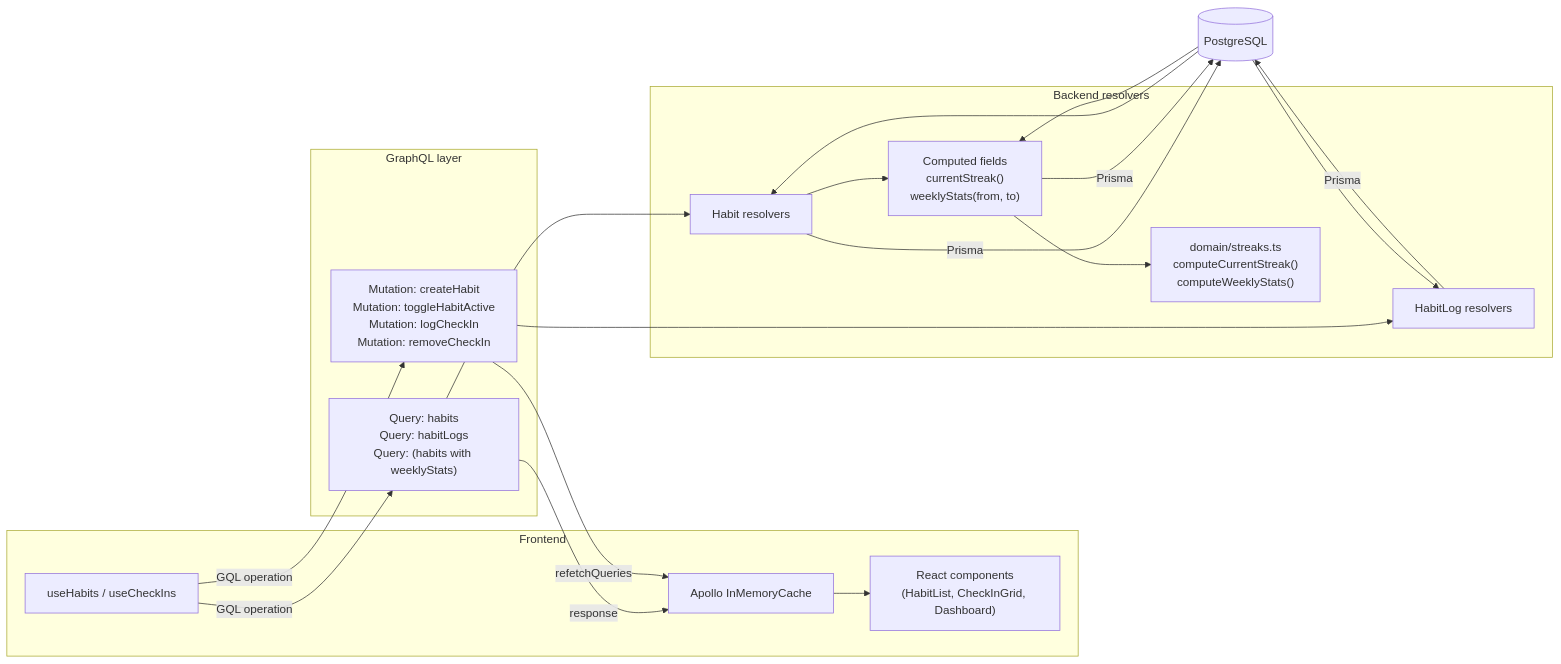
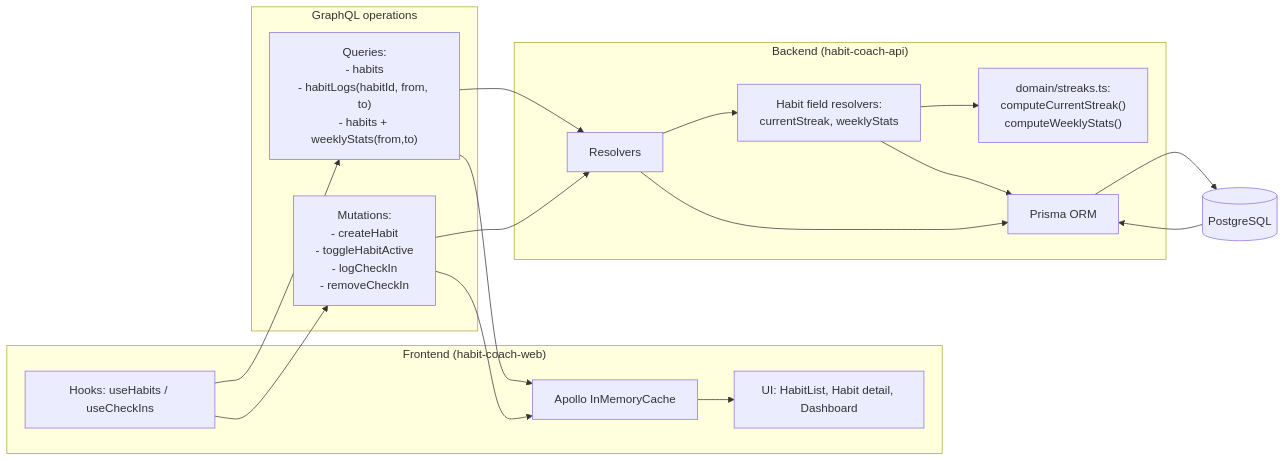
One commit to GeorgiDS9/habit-coach-api changed the fourth of 5 diagrams in ARCHITECTURE_FLOWS.md. Above: the diagram before and after it, drawn with Mermaid. The commit also changed other lines of this file, not shown here.

Commit message:
docs(api): align architecture flows and runbook with current auth/data model

````diff
--- a/ARCHITECTURE_FLOWS.md
+++ b/ARCHITECTURE_FLOWS.md
@@ -138,32 +176,32 @@
 ```mermaid
 flowchart LR
-    subgraph FE ["Frontend"]
-        Hook["useHabits / useCheckIns"]
+    subgraph FE ["Frontend (habit-coach-web)"]
+        Hook["Hooks: useHabits / useCheckIns"]
         Cache["Apollo InMemoryCache"]
-        UI["React components\n(HabitList, CheckInGrid, Dashboard)"]
+        UI["UI: HabitList, Habit detail, Dashboard"]
     end
-
-    subgraph GQL ["GraphQL layer"]
-        Q["Query: habits\nQuery: habitLogs\nQuery: (habits with weeklyStats)"]
-        M["Mutation: createHabit\nMutation: toggleHabitActive\nMutation: logCheckIn\nMutation: removeCheckIn"]
+    subgraph GQL ["GraphQL operations"]
+        Q["Queries:\n- habits\n- habitLogs(habitId, from, to)\n- habits + weeklyStats(from,to)"]
+        M["Mutations:\n- createHabit\n- toggleHabitActive\n- logCheckIn\n- removeCheckIn"]
     end
-
-    subgraph BE ["Backend resolvers"]
-        HR["Habit resolvers"]
-        CF["Computed fields\ncurrentStreak()\nweeklyStats(from, to)"]
-        LR["HabitLog resolvers"]
-        Domain["domain/streaks.ts\ncomputeCurrentStreak()\ncomputeWeeklyStats()"]
+    subgraph BE ["Backend (habit-coach-api)"]
+        Resolvers["Resolvers"]
+        FieldResolvers["Habit field resolvers:\ncurrentStreak, weeklyStats"]
+        Domain["domain/streaks.ts:\ncomputeCurrentStreak()\ncomputeWeeklyStats()"]
+        Prisma["Prisma ORM"]
     end
-
-    Hook -->|"GQL operation"| Q
-    Hook -->|"GQL operation"| M
-    Q --> HR
-    M --> LR
-    HR --> CF
-    CF --> Domain
-    HR & LR & CF -->|"Prisma"| DB[(PostgreSQL)]
-    DB --> HR & LR & CF
-    Q -->|"response"| Cache
-    M -->|"refetchQueries"| Cache
+    DB[(PostgreSQL)]
+    Hook --> Q
+    Hook --> M
+    Q --> Resolvers
+    M --> Resolvers
+    Resolvers --> FieldResolvers
+    FieldResolvers --> Domain
+    Resolvers --> Prisma
+    FieldResolvers --> Prisma
+    Prisma --> DB
+    DB --> Prisma
+    Q --> Cache
+    M --> Cache
     Cache --> UI
 ```
````
